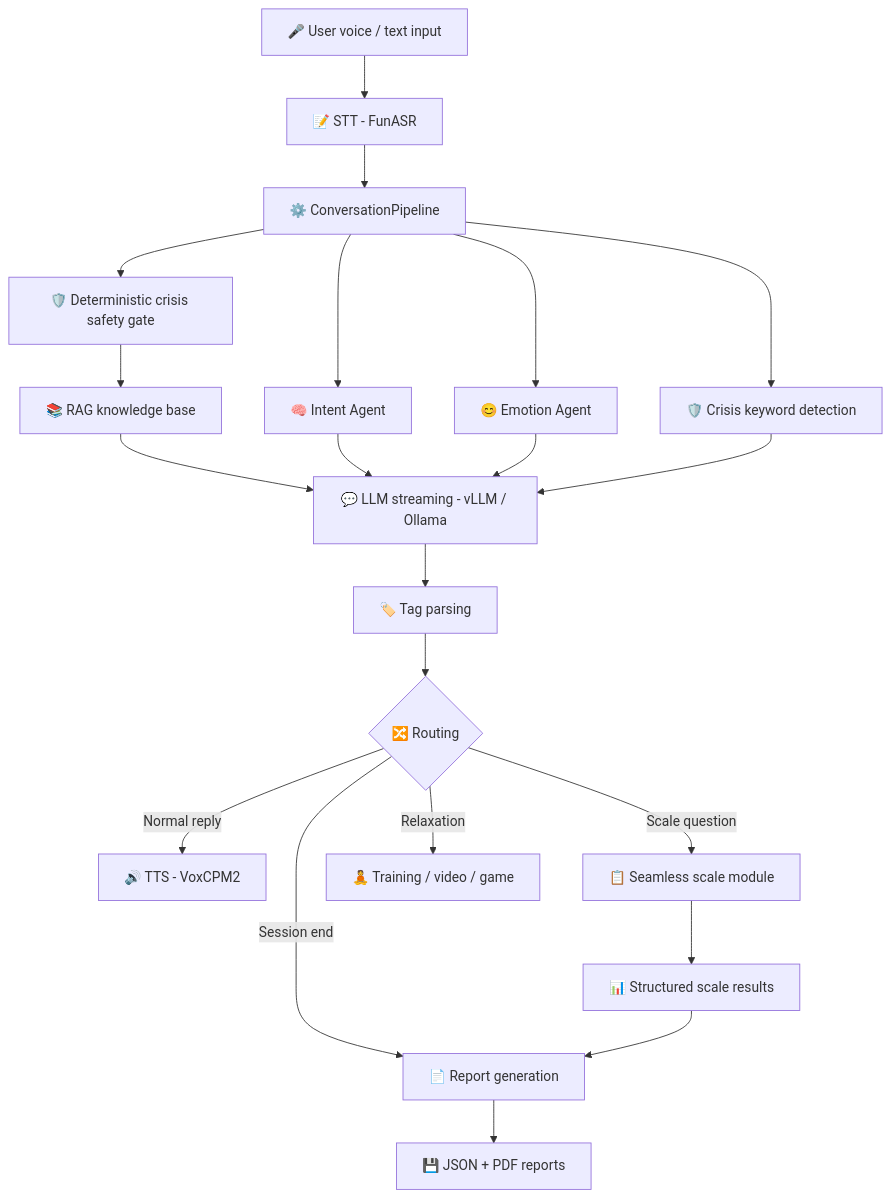
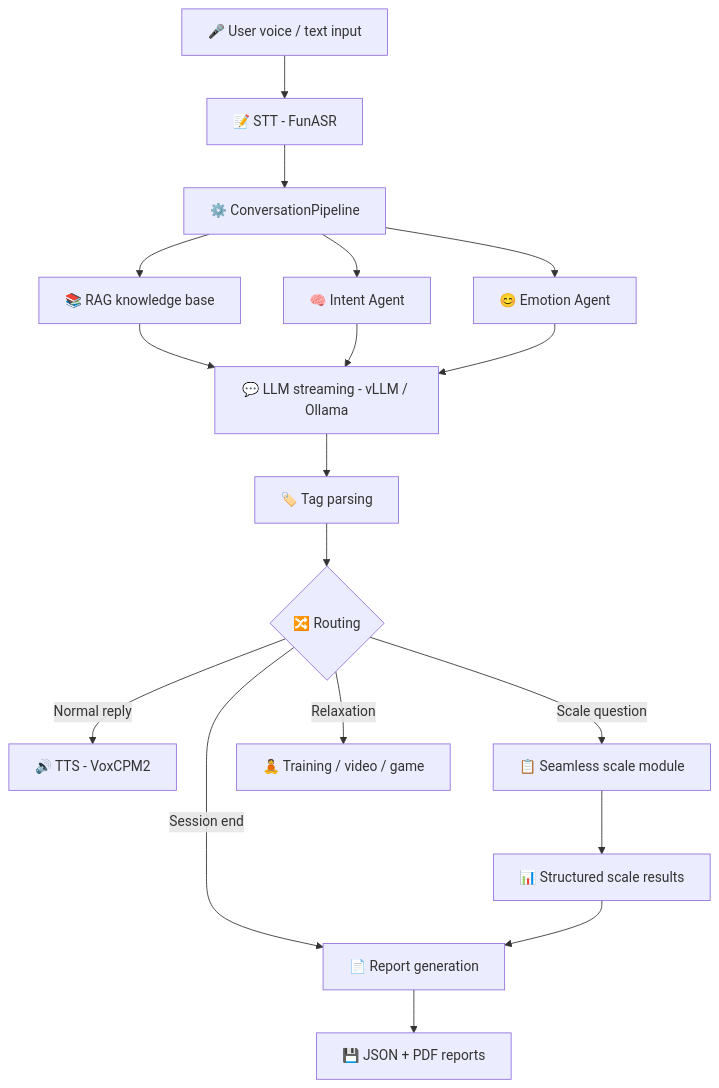
The third of 4 diagrams in README.md (jersery66/voicechat3), drawn with Mermaid before and after one commit. The commit also changed other lines of this file and 53 other files, not shown here.

Commit message:
refactor: detach crisis flow from production runtime

````diff
--- a/README.md
+++ b/README.md
@@ -665,23 +666,20 @@
 ```mermaid
 flowchart TD
     A[🎤 User voice / text input] --> B[📝 STT - FunASR]
     B --> C[⚙️ ConversationPipeline]
     C --> D[🧠 Intent Agent]
     C --> E[😊 Emotion Agent]
-    C --> F[🛡️ Crisis keyword detection]
-    C --> C1[🛡️ Deterministic crisis safety gate]
-    C1 --> C2[📚 RAG knowledge base]
+    C --> C2[📚 RAG knowledge base]
     C2 --> H[💬 LLM streaming - vLLM / Ollama]
     D --> H
     E --> H
-    F --> H
     H --> I[🏷️ Tag parsing]
     I --> J{🔀 Routing}
     J -->|Normal reply| K[🔊 TTS - VoxCPM2]
     J -->|Scale question| L[📋 Seamless scale module]
     J -->|Relaxation| M[🧘 Training / video / game]
     J -->|Session end| N[📄 Report generation]
     L --> O[📊 Structured scale results]
     O --> N
     N --> P[💾 JSON + PDF reports]
 ```
````
